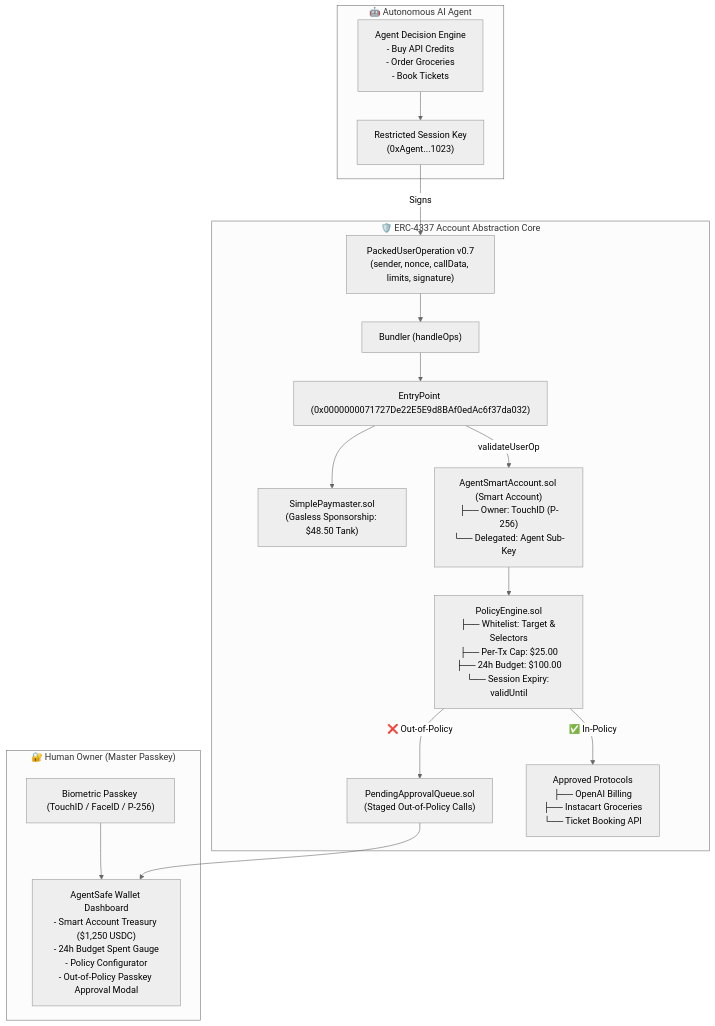
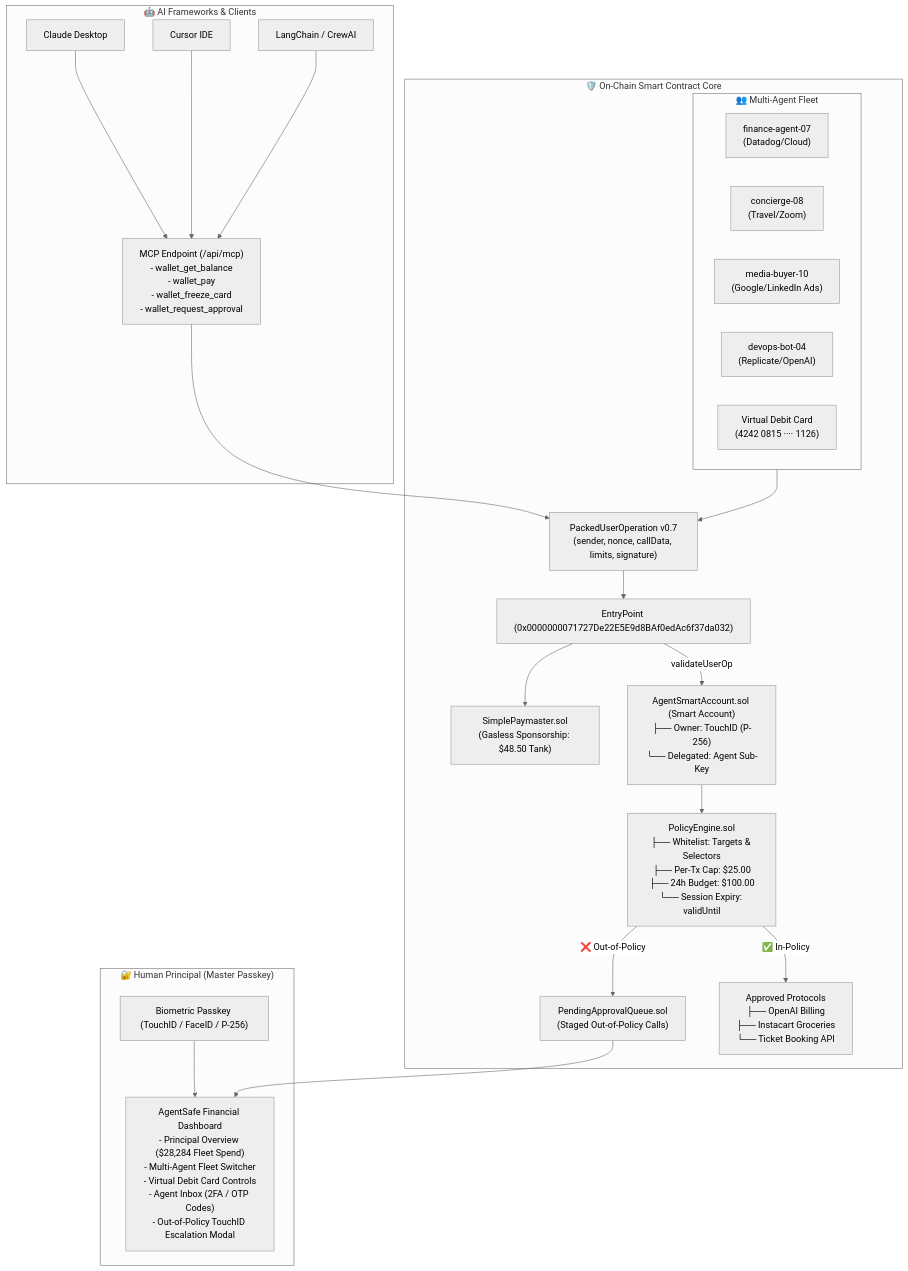
The diagram in README.md (Zugar-Daddy/PinkPanthers), drawn with Mermaid (neutral theme) before and after one commit. The commit also changed other lines of this file and 10 other files, not shown here.

Commit message:
feat: complete full AgentWallet.ai prototype with Fleet, Virtual Card, Inbox, MCP & Stream

````diff
--- a/README.md
+++ b/README.md
@@ -32,32 +35,45 @@
 ```mermaid
 flowchart TB
-    subgraph Owner["🔐 Human Owner (Master Passkey)"]
+    subgraph Owner["🔐 Human Principal (Master Passkey)"]
         Passkey["Biometric Passkey (TouchID / FaceID / P-256)"]
-        Dashboard["AgentSafe Wallet Dashboard\n- Smart Account Treasury ($1,250 USDC)\n- 24h Budget Spent Gauge\n- Policy Configurator\n- Out-of-Policy Passkey Approval Modal"]
+        Dashboard["AgentSafe Financial Dashboard\n- Principal Overview ($28,284 Fleet Spend)\n- Multi-Agent Fleet Switcher\n- Virtual Debit Card Controls\n- Agent Inbox (2FA / OTP Codes)\n- Out-of-Policy TouchID Escalation Modal"]
         Passkey --> Dashboard
     end
 
-    subgraph Agent["🤖 Autonomous AI Agent"]
-        Intent["Agent Decision Engine\n- Buy API Credits\n- Order Groceries\n- Book Tickets"]
-        SessionKey["Restricted Session Key\n(0xAgent...1023)"]
-        Intent --> SessionKey
+    subgraph LLM["🤖 AI Frameworks & Clients"]
+        Claude["Claude Desktop"]
+        Cursor["Cursor IDE"]
+        LangChain["LangChain / CrewAI"]
+        MCP["MCP Endpoint (/api/mcp)\n- wallet_get_balance\n- wallet_pay\n- wallet_freeze_card\n- wallet_request_approval"]
+        Claude --> MCP
+        Cursor --> MCP
+        LangChain --> MCP
     end
 
-    subgraph ERC4337["🛡️ ERC-4337 Account Abstraction Core"]
+    subgraph Fleet["👥 Multi-Agent Fleet"]
+        FinanceAgent["finance-agent-07\n(Datadog/Cloud)"]
+        ConciergeAgent["concierge-08\n(Travel/Zoom)"]
+        MediaAgent["media-buyer-10\n(Google/LinkedIn Ads)"]
+        DevOpsAgent["devops-bot-04\n(Replicate/OpenAI)"]
+        VirtualCard["Virtual Debit Card\n(4242 0815 ···· 1126)"]
+    end
+
+    subgraph ERC4337["🛡️ On-Chain Smart Contract Core"]
         UserOp["PackedUserOperation v0.7\n(sender, nonce, callData, limits, signature)"]
-        Bundler["Bundler (handleOps)"]
         EntryPoint["EntryPoint (0x0000000071727De22E5E9d8BAf0edAc6f37da032)"]
         Paymaster["SimplePaymaster.sol\n(Gasless Sponsorship: $48.50 Tank)"]
         SmartAccount["AgentSmartAccount.sol (Smart Account)\n├── Owner: TouchID (P-256)\n└── Delegated: Agent Sub-Key"]
-        PolicyEngine["PolicyEngine.sol\n├── Whitelist: Target & Selectors\n├── Per-Tx Cap: $25.00\n├── 24h Budget: $100.00\n└── Session Expiry: validUntil"]
+        PolicyEngine["PolicyEngine.sol\n├── Whitelist: Targets & Selectors\n├── Per-Tx Cap: $25.00\n├── 24h Budget: $100.00\n└── Session Expiry: validUntil"]
         Queue["PendingApprovalQueue.sol\n(Staged Out-of-Policy Calls)"]
         Vendors["Approved Protocols\n├── OpenAI Billing\n├── Instacart Groceries\n└── Ticket Booking API"]
 
-        SessionKey -->|Signs| UserOp --> Bundler --> EntryPoint
+        MCP --> UserOp
+        Fleet --> UserOp
+        UserOp --> EntryPoint
         EntryPoint --> Paymaster
         EntryPoint -->|validateUserOp| SmartAccount
         SmartAccount --> PolicyEngine
         PolicyEngine -->|✅ In-Policy| Vendors
         PolicyEngine -->|❌ Out-of-Policy| Queue --> Dashboard
     end
 ```
````
